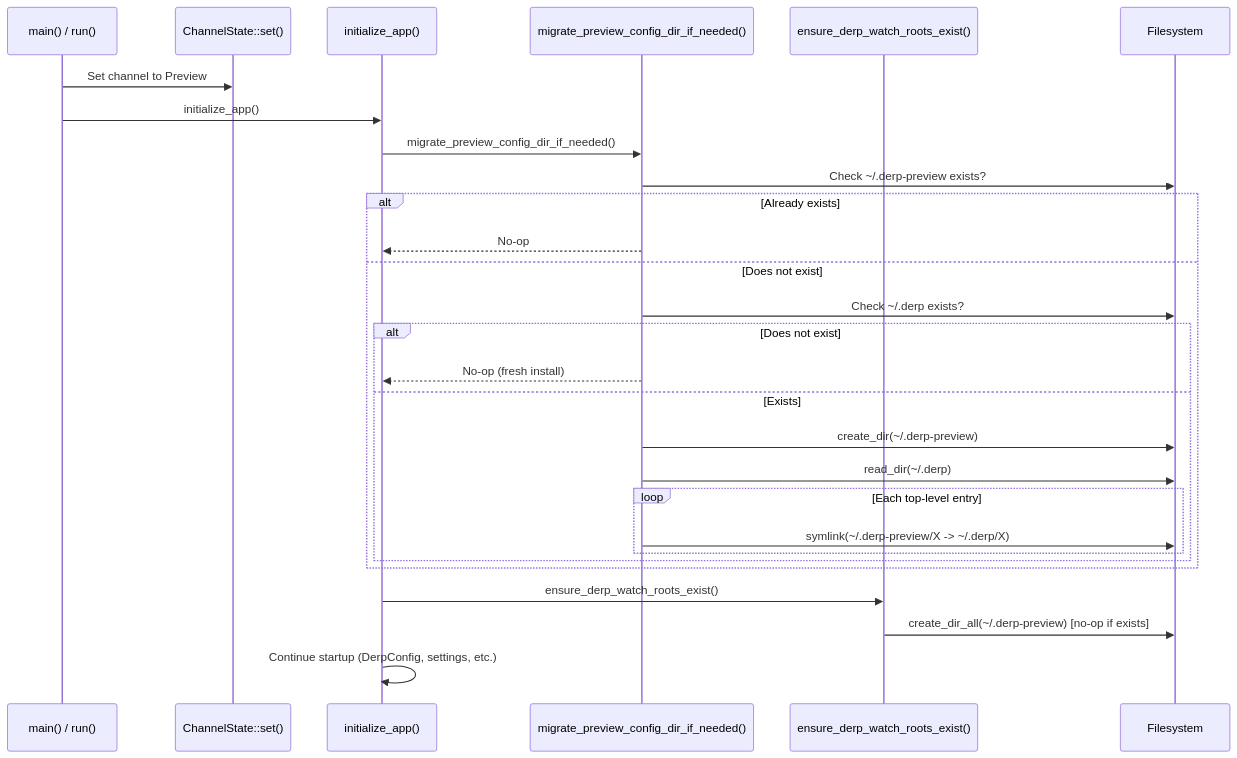
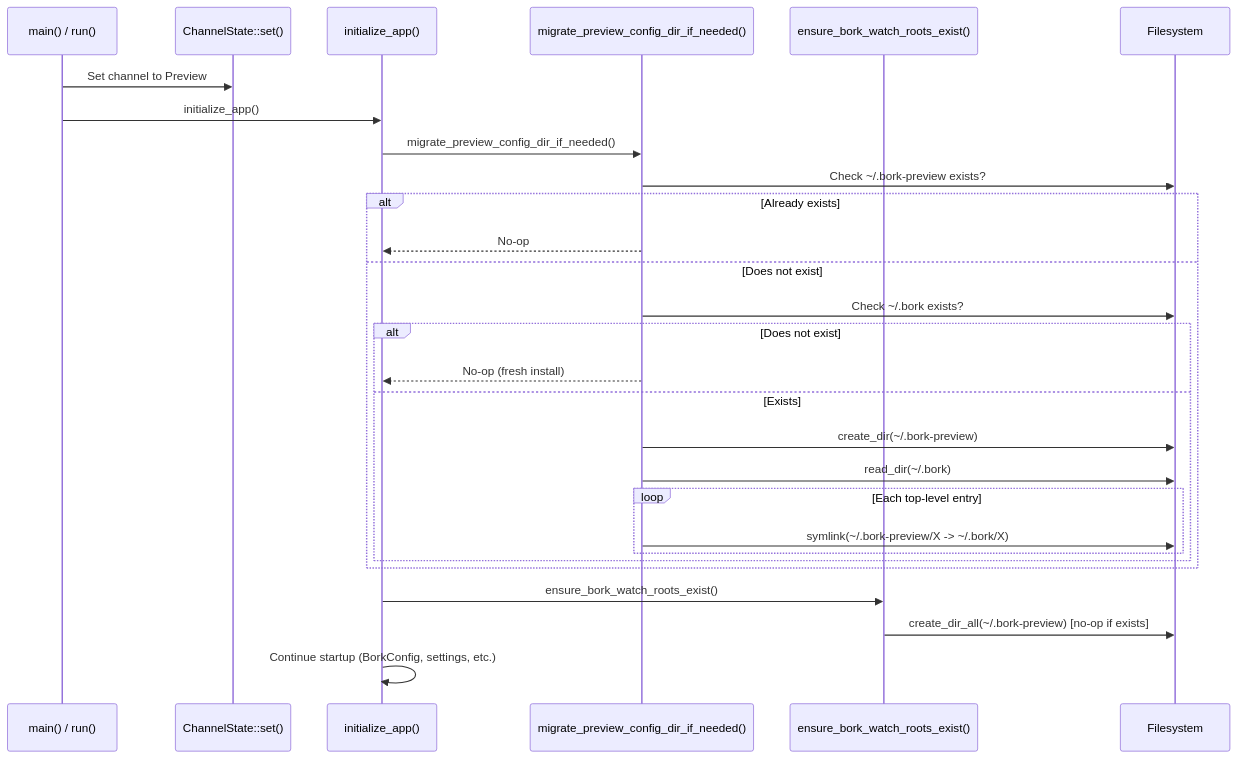
Before and after one commit to antikrust/krust-terminal: the diagram in specs/QUALITY-408/TECH.md, drawn with Mermaid. The commit also changed other lines of this file and 4477 other files, not shown here.

First line of the commit message:
Rebrand Derp -> Bork

````diff
--- a/specs/QUALITY-408/TECH.md
+++ b/specs/QUALITY-408/TECH.md
@@ -81,31 +81,31 @@
 ```mermaid
 sequenceDiagram
     participant Main as main() / run()
     participant CS as ChannelState::set()
     participant Init as initialize_app()
     participant Migrate as migrate_preview_config_dir_if_needed()
-    participant Ensure as ensure_derp_watch_roots_exist()
+    participant Ensure as ensure_bork_watch_roots_exist()
     participant FS as Filesystem
 
     Main->>CS: Set channel to Preview
     Main->>Init: initialize_app()
     Init->>Migrate: migrate_preview_config_dir_if_needed()
-    Migrate->>FS: Check ~/.derp-preview exists?
+    Migrate->>FS: Check ~/.bork-preview exists?
     alt Already exists
         Migrate-->>Init: No-op
     else Does not exist
-        Migrate->>FS: Check ~/.derp exists?
+        Migrate->>FS: Check ~/.bork exists?
         alt Does not exist
             Migrate-->>Init: No-op (fresh install)
         else Exists
-            Migrate->>FS: create_dir(~/.derp-preview)
-            Migrate->>FS: read_dir(~/.derp)
+            Migrate->>FS: create_dir(~/.bork-preview)
+            Migrate->>FS: read_dir(~/.bork)
             loop Each top-level entry
-                Migrate->>FS: symlink(~/.derp-preview/X -> ~/.derp/X)
+                Migrate->>FS: symlink(~/.bork-preview/X -> ~/.bork/X)
             end
         end
     end
-    Init->>Ensure: ensure_derp_watch_roots_exist()
-    Ensure->>FS: create_dir_all(~/.derp-preview) [no-op if exists]
-    Init->>Init: Continue startup (DerpConfig, settings, etc.)
+    Init->>Ensure: ensure_bork_watch_roots_exist()
+    Ensure->>FS: create_dir_all(~/.bork-preview) [no-op if exists]
+    Init->>Init: Continue startup (BorkConfig, settings, etc.)
 ```
````
